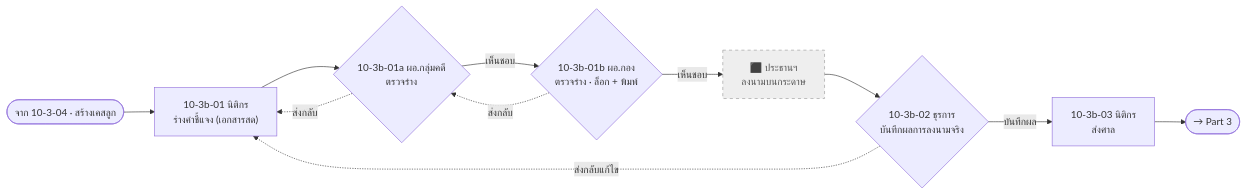
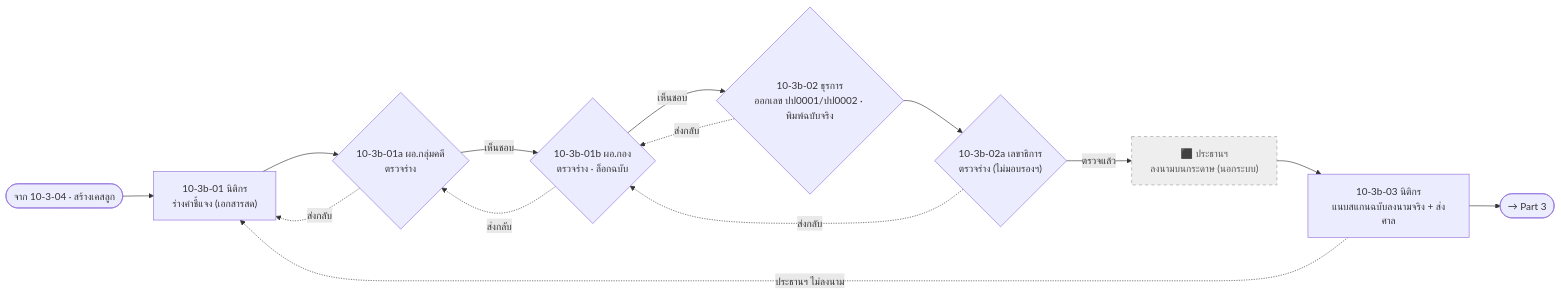
Before and after one commit to varitthon/E-CMIS-A4: the second of 13 diagrams in docs/activity10-flow-10.3.md, drawn with Mermaid. The commit also changed other lines of this file and 67 other files, not shown here.

First line of the commit message:
feat: ปรับ flow 10.2/10.3 — ตัดหน้ามอบหมายซ้ำ + ขยาย flow ทุเลา (10.3b)

````diff
--- a/docs/activity10-flow-10.3.md
+++ b/docs/activity10-flow-10.3.md
@@ -113,11 +135,14 @@
 ```mermaid
 flowchart LR
   S(["จาก 10-3-04 · สร้างเคสลูก"]) --> B1["10-3b-01 นิติกร<br/>ร่างคำชี้แจง (เอกสารสด)"] --> B1a{"10-3b-01a ผอ.กลุ่มคดี<br/>ตรวจร่าง"}
   B1a -. ส่งกลับ .-> B1
-  B1a -- เห็นชอบ --> B1b{"10-3b-01b ผอ.กอง<br/>ตรวจร่าง · ล็อก + พิมพ์"}
+  B1a -- เห็นชอบ --> B1b{"10-3b-01b ผอ.กอง<br/>ตรวจร่าง · ล็อกฉบับ"}
   B1b -. ส่งกลับ .-> B1a
-  B1b -- เห็นชอบ --> XC["⬛ ประธานฯ<br/>ลงนามบนกระดาษ"]:::ext --> B2{"10-3b-02 ธุรการ<br/>บันทึกผลการลงนามจริง"}
-  B2 -. ส่งกลับแก้ไข .-> B1
-  B2 -- บันทึกผล --> B3["10-3b-03 นิติกร<br/>ส่งศาล"] --> O3(["→ Part 3"])
+  B1b -- เห็นชอบ --> B2{"10-3b-02 ธุรการ<br/>ออกเลข ปป0001/ปป0002 · พิมพ์ฉบับจริง"}
+  B2 -. ส่งกลับ .-> B1b
+  B2 --> B2a{"10-3b-02a เลขาธิการ<br/>ตรวจร่าง (ไม่มอบรองฯ)"}
+  B2a -. ส่งกลับ .-> B1b
+  B2a -- ตรวจแล้ว --> XC["⬛ ประธานฯ<br/>ลงนามบนกระดาษ (นอกระบบ)"]:::ext --> B3["10-3b-03 นิติกร<br/>แนบสแกนฉบับลงนามจริง + ส่งศาล"] --> O3(["→ Part 3"])
+  B3 -. ประธานฯ ไม่ลงนาม .-> B1
   classDef ext fill:#eeeeee,stroke:#999999,stroke-dasharray:5 5,color:#555555
 ```
````
